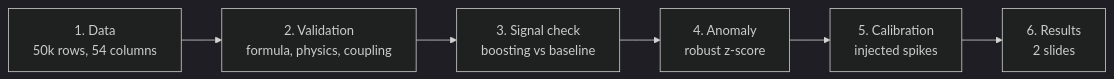
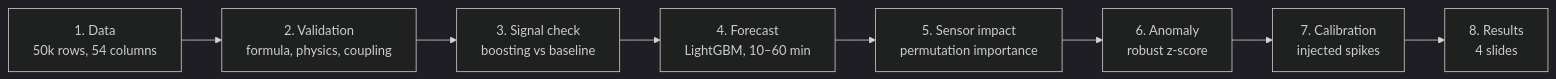
Before and after one commit to aldo02032004/power-plant-anomaly: the diagram in README.md, drawn with Mermaid (dark theme). The commit also changed other lines of this file and 5 other files, not shown here.

Commit message:
Add LightGBM efficiency forecast and sensor impact analysis

````diff
--- a/README.md
+++ b/README.md
@@ -19,8 +20,10 @@
 ```mermaid
 flowchart LR
     A["1. Data<br/>50k rows, 54 columns"] --> B["2. Validation<br/>formula, physics, coupling"]
     B --> C["3. Signal check<br/>boosting vs baseline"]
-    C --> D["4. Anomaly<br/>robust z-score"]
-    D --> E["5. Calibration<br/>injected spikes"]
-    E --> F["6. Results<br/>2 slides"]
+    C --> D["4. Forecast<br/>LightGBM, 10–60 min"]
+    D --> E["5. Sensor impact<br/>permutation importance"]
+    E --> F["6. Anomaly<br/>robust z-score"]
+    F --> G["7. Calibration<br/>injected spikes"]
+    G --> H["8. Results<br/>4 slides"]
 ```
````
